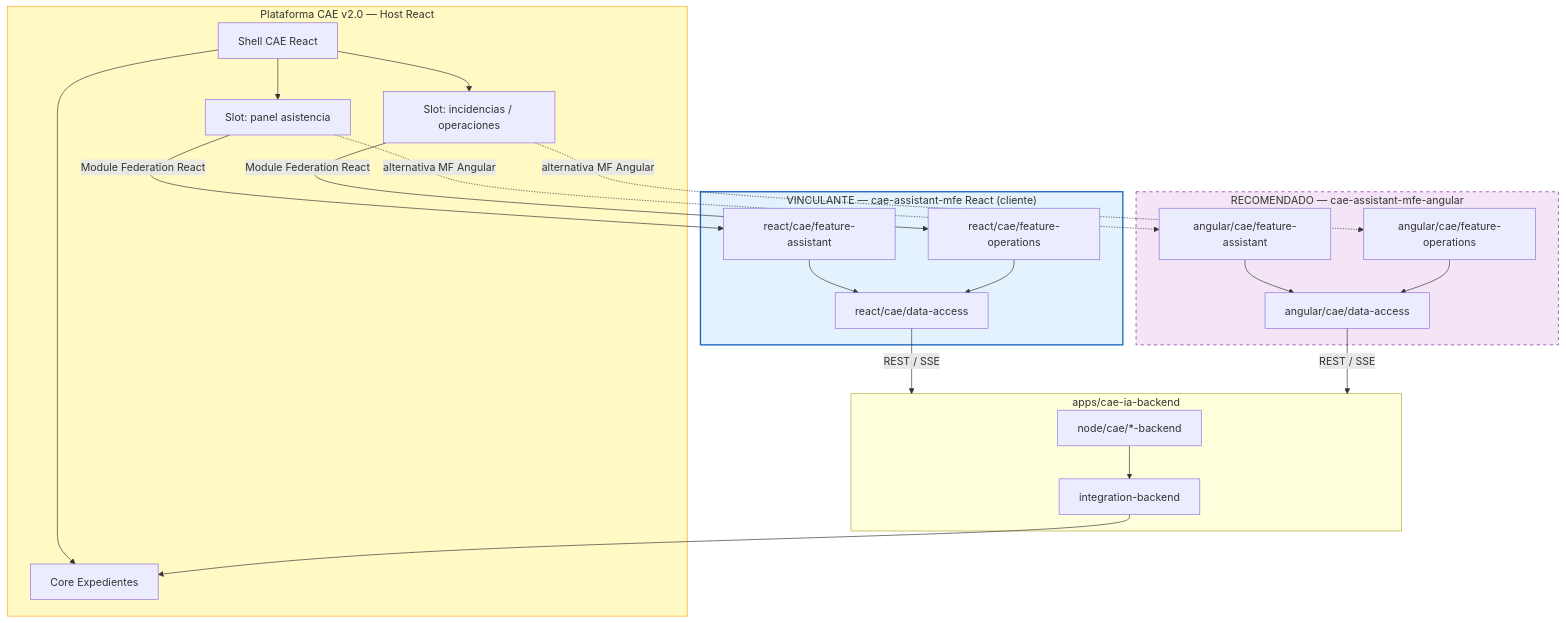
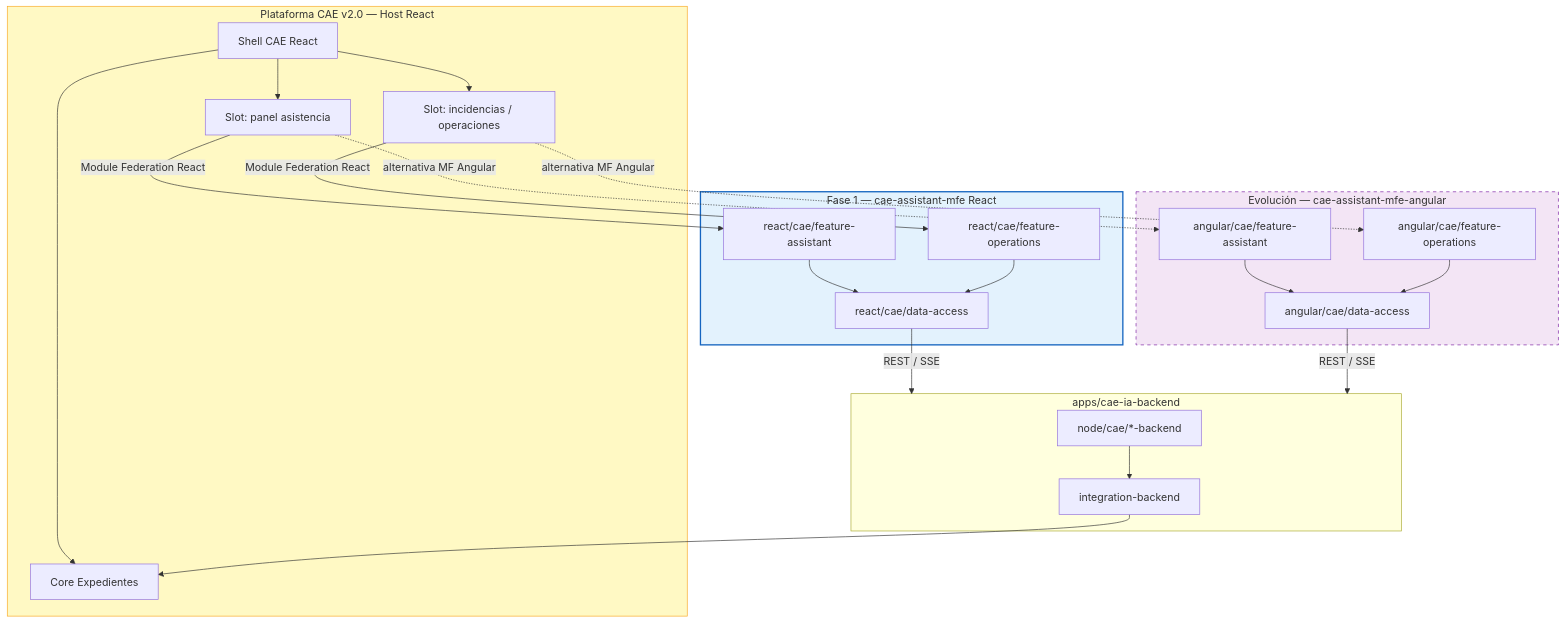
The fourth of 14 diagrams in caedocs/DISENO-TECNICO-v3.0.md (angelnietos/erp), drawn with Mermaid before and after one commit. The commit also changed other lines of this file and 9 other files, not shown here.

````diff
--- a/caedocs/DISENO-TECNICO-v3.0.md
+++ b/caedocs/DISENO-TECNICO-v3.0.md
@@ -436,42 +437,42 @@
 ```mermaid
 flowchart TB
     subgraph CAE20["Plataforma CAE v2.0 — Host React"]
         SHELL["Shell CAE React"]
         CORE["Core Expedientes"]
         SLOT1["Slot: panel asistencia"]
         SLOT2["Slot: incidencias / operaciones"]
         SHELL --> CORE
         SHELL --> SLOT1 & SLOT2
     end
 
-    subgraph MFE_REACT["VINCULANTE — cae-assistant-mfe React (cliente)"]
+    subgraph MFE_REACT["Fase 1 — cae-assistant-mfe React"]
         R_FA["react/cae/feature-assistant"]
         R_FO["react/cae/feature-operations"]
         R_DA["react/cae/data-access"]
         R_FA & R_FO --> R_DA
     end
 
-    subgraph MFE_NG["RECOMENDADO — cae-assistant-mfe-angular"]
+    subgraph MFE_NG["Evolución — cae-assistant-mfe-angular"]
         N_FA["angular/cae/feature-assistant"]
         N_FO["angular/cae/feature-operations"]
         N_DA["angular/cae/data-access"]
         N_FA & N_FO --> N_DA
     end
 
     subgraph API["apps/cae-ia-backend"]
         BE["node/cae/*-backend"]
         ACL["integration-backend"]
         BE --> ACL
     end
 
     SLOT1 -->|Module Federation React| R_FA
     SLOT2 -->|Module Federation React| R_FO
     SLOT1 -.->|alternativa MF Angular| N_FA
     SLOT2 -.->|alternativa MF Angular| N_FO
     R_DA & N_DA -->|REST / SSE| API
     ACL --> CORE
 
     style MFE_REACT fill:#e3f2fd,stroke:#1565c0,stroke-width:2px
     style MFE_NG fill:#f3e5f5,stroke:#7b1fa2,stroke-dasharray:5 5
     style CAE20 fill:#fff9c4,stroke:#f9a825
 ```
````
